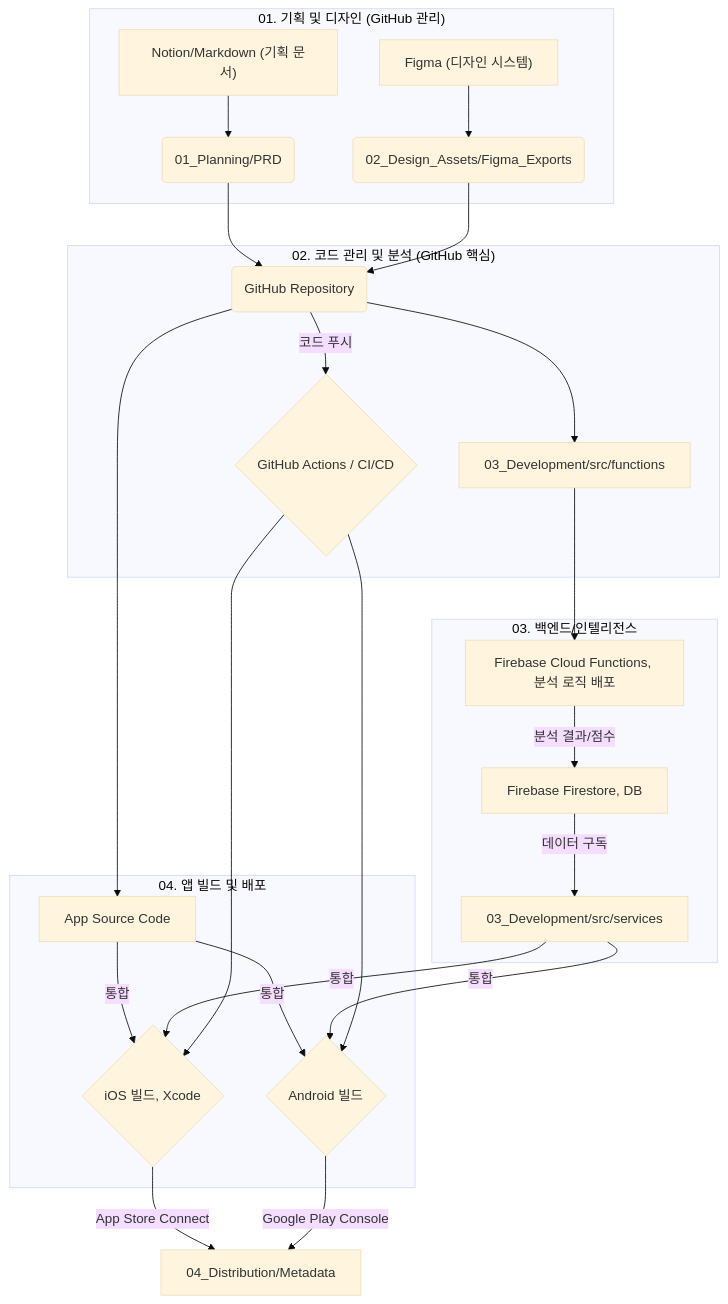
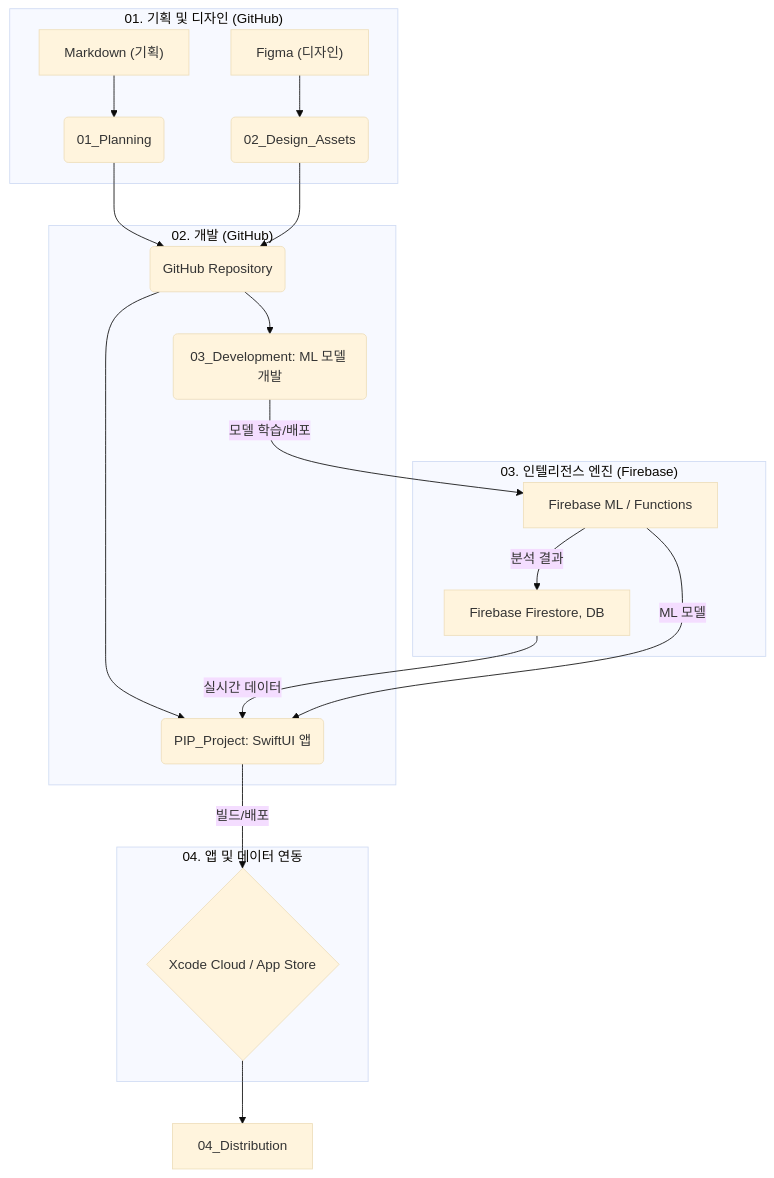
Before and after one commit to neomakes/neopip: the first of 2 diagrams in README.md, drawn with Mermaid (base theme). The commit also changed other lines of this file and 3 other files, not shown here.

Commit message:
docs: editted project docs with respect to collaboration with Xcode/SwiftUI

````diff
--- a/README.md
+++ b/README.md
@@ -35,30 +35,26 @@
 ```mermaid
 graph TD
-    subgraph sg1 ["01. 기획 및 디자인 (GitHub 관리)"]
-        A["Figma (디자인 시스템)"] --> B(02_Design_Assets/Figma_Exports);
-        C["Notion/Markdown (기획 문서)"] --> D(01_Planning/PRD);
+    subgraph sg1 ["01. 기획 및 디자인 (GitHub)"]
+        A["Figma (디자인)"] --> B(02_Design_Assets);
+        C["Markdown (기획)"] --> D(01_Planning);
     end
 
-    subgraph sg2 ["02. 코드 관리 및 분석 (GitHub 핵심)"]
+    subgraph sg2 ["02. 개발 (GitHub)"]
         D & B --> E(GitHub Repository);
-        E -- 코드 푸시 --> F{GitHub Actions / CI/CD};
-        E --> G[03_Development/src/functions];
+        E --> F(PIP_Project: SwiftUI 앱);
+        E --> G(03_Development: ML 모델 개발);
     end
 
-    subgraph sg3 ["03. 백엔드/인텔리전스"]
-        G --> H[Firebase Cloud Functions, 분석 로직 배포];
-        H -- 분석 결과/점수 --> I[Firebase Firestore, DB];
-        I -- 데이터 구독 --> J[03_Development/src/services];
+    subgraph sg3 ["03. 인텔리전스 엔진 (Firebase)"]
+        G -- 모델 학습/배포 --> H[Firebase ML / Functions];
+        H -- 분석 결과 --> I[Firebase Firestore, DB];
     end
 
-    subgraph sg4 ["04. 앱 빌드 및 배포"]
-        E --> K[App Source Code];
-        K & J -- 통합 --> L{iOS 빌드, Xcode};
-        K & J -- 통합 --> M{Android 빌드};
-        F --> L;
-        F --> M;
+    subgraph sg4 ["04. 앱 및 데이터 연동"]
+        I -- 실시간 데이터 --> F;
+        H -- ML 모델 --> F;
+        F -- 빌드/배포 --> J{Xcode Cloud / App Store};
     end
 
-    L -- App Store Connect --> N[04_Distribution/Metadata];
-    M -- Google Play Console --> N;
+    J --> K[04_Distribution];
 ```
````
